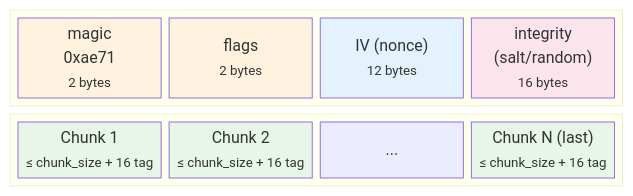
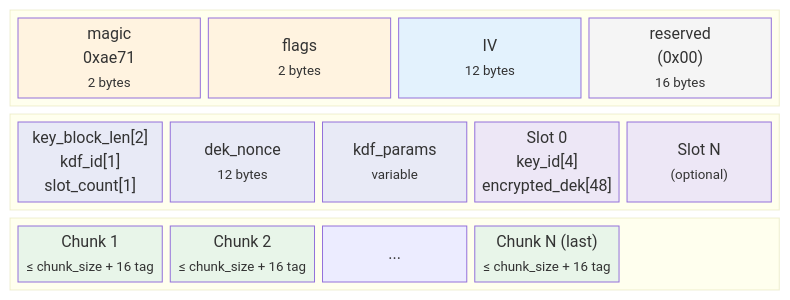
The second of 2 diagrams in docs/arch/encryption.md (taskie/tome), drawn with Mermaid before and after one commit. The commit also changed other lines of this file and 1 other file, not shown here.

First line of the commit message:
docs(aether): redesign v1 format with KEK/DEK envelope encryption

````diff
--- a/docs/arch/encryption.md
+++ b/docs/arch/encryption.md
@@ -9,24 +46,41 @@
 ```mermaid
 block-beta
     columns 5
+
     block:header:5
         magic["magic<br/>0xae71<br/><small>2 bytes</small>"]
         flags["flags<br/><small>2 bytes</small>"]
-        iv["IV (nonce)<br/><small>12 bytes</small>"]
-        integrity["integrity<br/>(salt/random)<br/><small>16 bytes</small>"]
+        iv["IV<br/><small>12 bytes</small>"]
+        reserved["reserved<br/>(0x00)<br/><small>16 bytes</small>"]
     end
+
+    block:keyblock:5
+        kbhdr["key_block_len[2]<br/>kdf_id[1]<br/>slot_count[1]"]
+        deknonce["dek_nonce<br/><small>12 bytes</small>"]
+        kdfparams["kdf_params<br/><small>variable</small>"]
+        slot0["Slot 0<br/>key_id[4]<br/>encrypted_dek[48]"]
+        slotN["Slot N<br/><small>(optional)</small>"]
+    end
+
     block:body:5
         chunk1["Chunk 1<br/><small>≤ chunk_size + 16 tag</small>"]
         chunk2["Chunk 2<br/><small>≤ chunk_size + 16 tag</small>"]
         dots["..."]
         chunkN["Chunk N (last)<br/><small>≤ chunk_size + 16 tag</small>"]
+        space3[" "]
     end
 
     style magic fill:#fff3e0
     style flags fill:#fff3e0
     style iv fill:#e3f2fd
-    style integrity fill:#fce4ec
+    style reserved fill:#f5f5f5
+    style kbhdr fill:#e8eaf6
+    style deknonce fill:#e8eaf6
+    style kdfparams fill:#e8eaf6
+    style slot0 fill:#ede7f6
+    style slotN fill:#ede7f6
     style chunk1 fill:#e8f5e9
     style chunk2 fill:#e8f5e9
     style chunkN fill:#e8f5e9
+    style space3 fill:transparent,stroke:transparent
 ```
````
